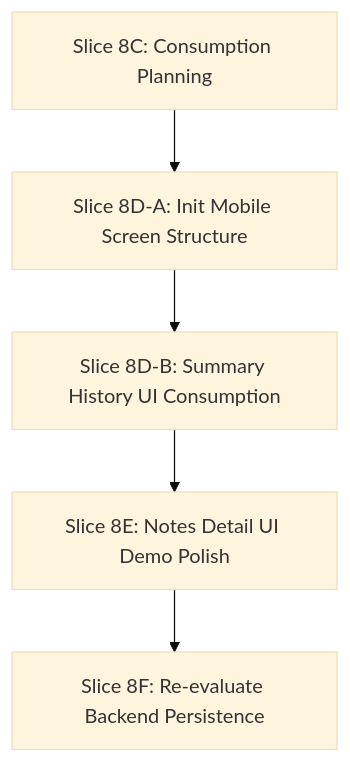
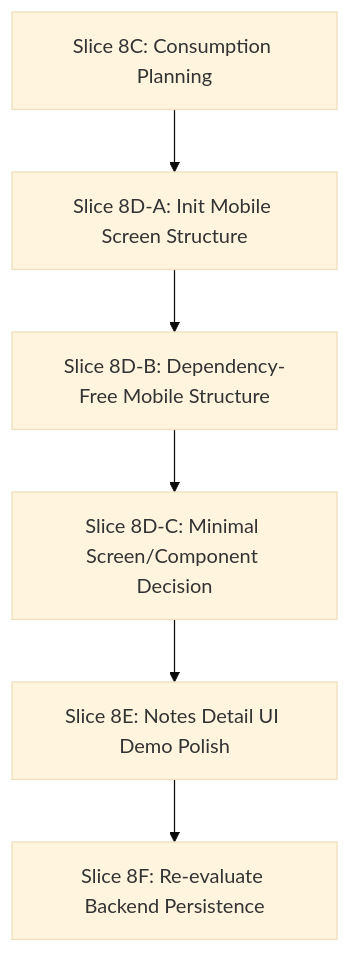
The second of 2 diagrams in docs/summary-history-ui-consumption-plan.md (VThanhNguyen2002/orbit-ai-workspace), drawn with Mermaid (base theme) before and after one commit. The commit also changed other lines of this file and 9 other files, not shown here.

Commit message:
feat: add dependency-free mobile summary history structure

````diff
--- a/docs/summary-history-ui-consumption-plan.md
+++ b/docs/summary-history-ui-consumption-plan.md
@@ -157,7 +172,8 @@
 ```mermaid
 graph TD
     8C[Slice 8C: Consumption Planning] --> 8DA[Slice 8D-A: Init Mobile Screen Structure]
-    8DA --> 8DB[Slice 8D-B: Summary History UI Consumption]
-    8DB --> 8E[Slice 8E: Notes Detail UI Demo Polish]
+    8DA --> 8DB[Slice 8D-B: Dependency-Free Mobile Structure]
+    8DB --> 8DC[Slice 8D-C: Minimal Screen/Component Decision]
+    8DC --> 8E[Slice 8E: Notes Detail UI Demo Polish]
     8E --> 8F[Slice 8F: Re-evaluate Backend Persistence]
 ```
````
